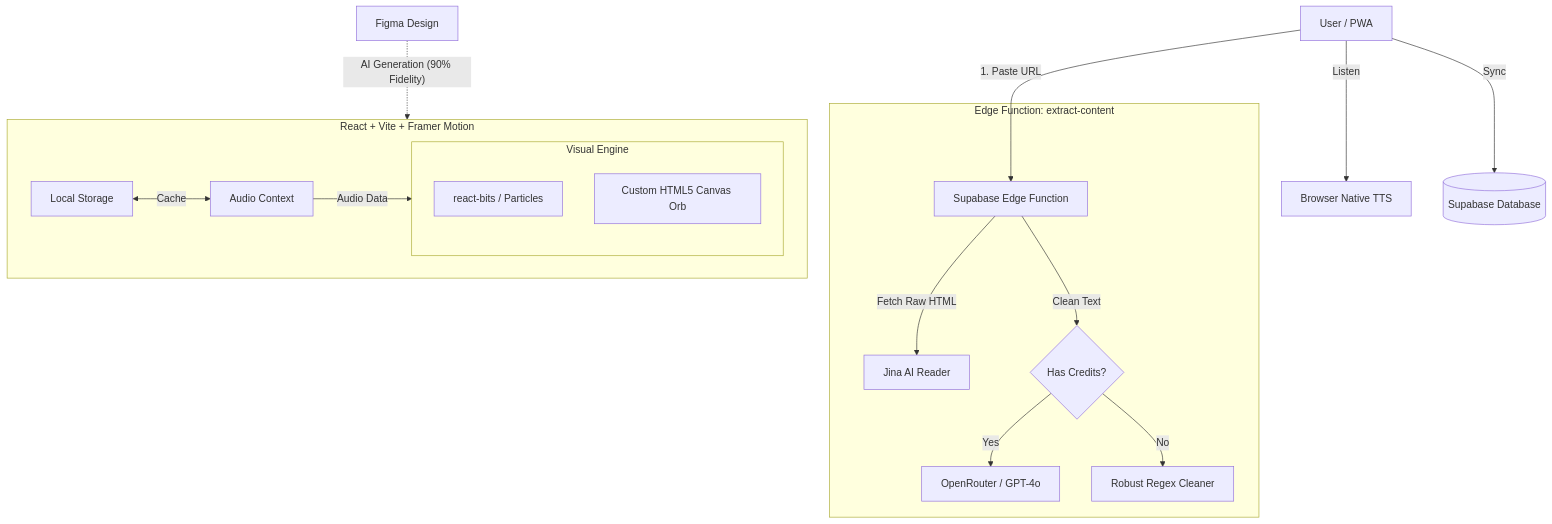
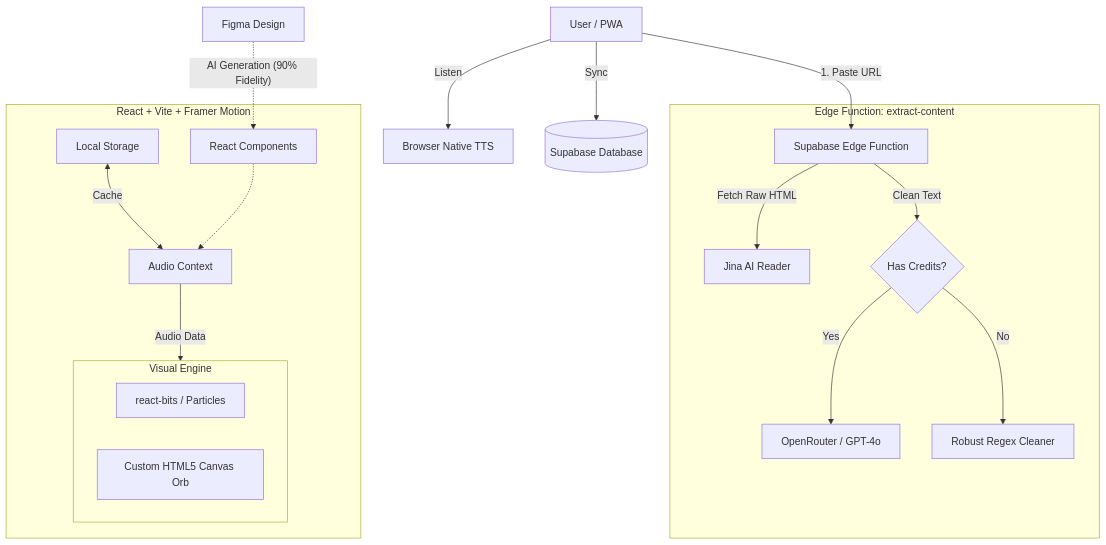
The diagram in README.md (nabrahma/AudiText), drawn with Mermaid before and after one commit.

Commit message:
docs: fix mermaid diagram rendering error in README

````diff
--- a/README.md
+++ b/README.md
@@ -72,23 +72,25 @@
 ```mermaid
 graph TD
-    Design[Figma Design] -.-> |"AI Generation (90% Fidelity)"| Frontend
+    Design[Figma Design] -.-> |"AI Generation (90% Fidelity)"| Components
     User[User / PWA] -->|1. Paste URL| Edge[Supabase Edge Function]
     User -->|Listen| BrowserTTS[Browser Native TTS]
     User -->|Sync| DB[(Supabase Database)]
     
     subgraph Backend [Edge Function: extract-content]
         Edge -->|Fetch Raw HTML| Jina[Jina AI Reader]
         Edge -->|Clean Text| AI_Logic{Has Credits?}
         AI_Logic -->|Yes| OpenRouter[OpenRouter / GPT-4o]
         AI_Logic -->|No| Manual[Robust Regex Cleaner]
     end
     
     subgraph Frontend [React + Vite + Framer Motion]
+        Components[React Components]
         Store[Local Storage] <-->|Cache| State[Audio Context]
+        Components -.-> State
         State -->|Audio Data| Visuals
         subgraph Visuals [Visual Engine]
              Bits[react-bits / Particles]
              Orb[Custom HTML5 Canvas Orb]
         end
     end
 ```
````
